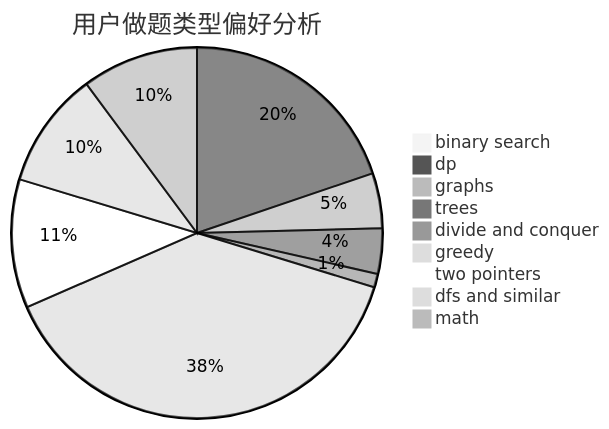
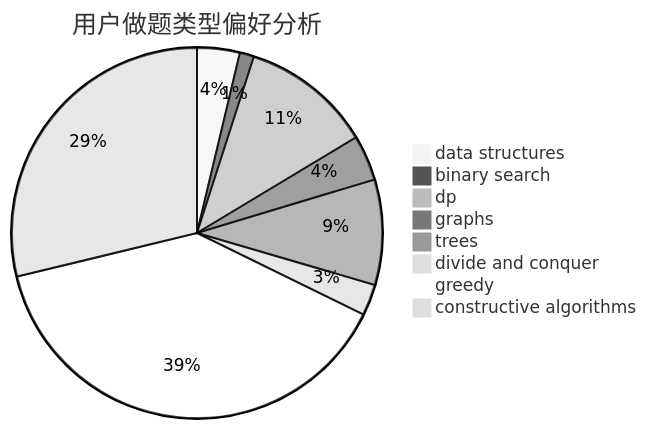
One commit to sherpahu/cfrs.github.io changed the second of 3 diagrams in docs/user/u2627.md. Above: the diagram before and after it, drawn with Mermaid (neutral theme). The commit also changed other lines of this file and 2775 other files, not shown here.

````diff
--- a/docs/user/u2627.md
+++ b/docs/user/u2627.md
@@ -23,12 +23,11 @@
 ```mermaid
 pie title 用户做题类型偏好分析
-    "binary search" :  9
-    "dp" :  185
-    "graphs" :  45
+    "data structures" :  15
+    "binary search" :  5
+    "dp" :  46
+    "graphs" :  16
     "trees" :  37
     "divide and conquer" :  11
-    "greedy" :  362
-    "two pointers" :  105
-    "dfs and similar" :  95
-    "math" :  95
+    "greedy" :  157
+    "constructive algorithms" :  116
 ```
````
